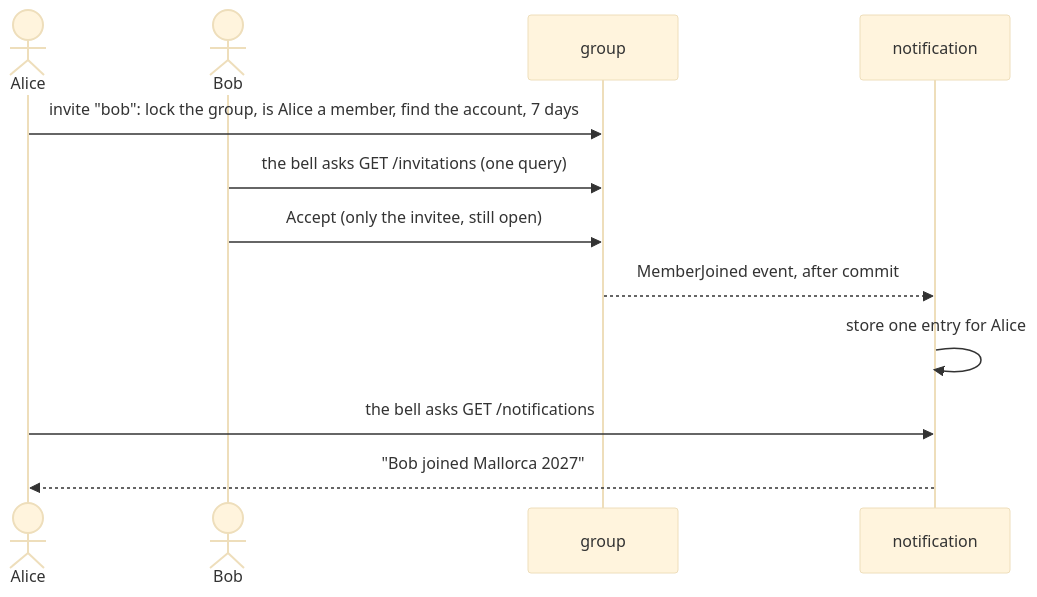
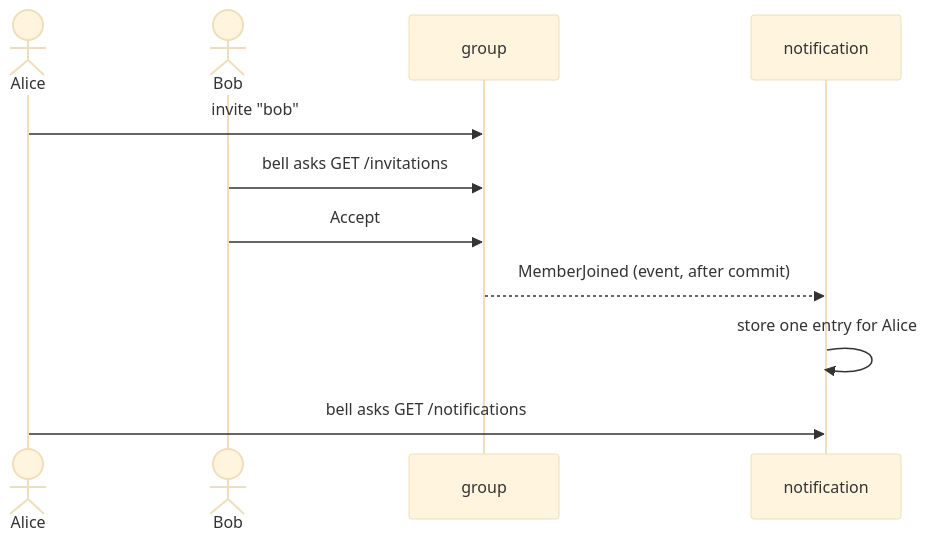
The diagram in docs/review/notifications/REVIEW.md (Ar000sh/sharewise), drawn with Mermaid (base theme) before and after one commit. The commit also changed other lines of this file, not shown here.

````diff
--- a/docs/review/notifications/REVIEW.md
+++ b/docs/review/notifications/REVIEW.md
@@ -60,14 +23,13 @@
 ```mermaid
 sequenceDiagram
   actor Alice
   actor Bob
   participant G as group
   participant N as notification
-  Alice->>G: invite "bob": lock the group, is Alice a member, find the account, 7 days
-  Bob->>G: the bell asks GET /invitations (one query)
-  Bob->>G: Accept (only the invitee, still open)
-  G-->>N: MemberJoined event, after commit
+  Alice->>G: invite "bob"
+  Bob->>G: bell asks GET /invitations
+  Bob->>G: Accept
+  G-->>N: MemberJoined (event, after commit)
   N->>N: store one entry for Alice
-  Alice->>N: the bell asks GET /notifications
-  N-->>Alice: "Bob joined Mallorca 2027"
+  Alice->>N: bell asks GET /notifications
 ```
````
